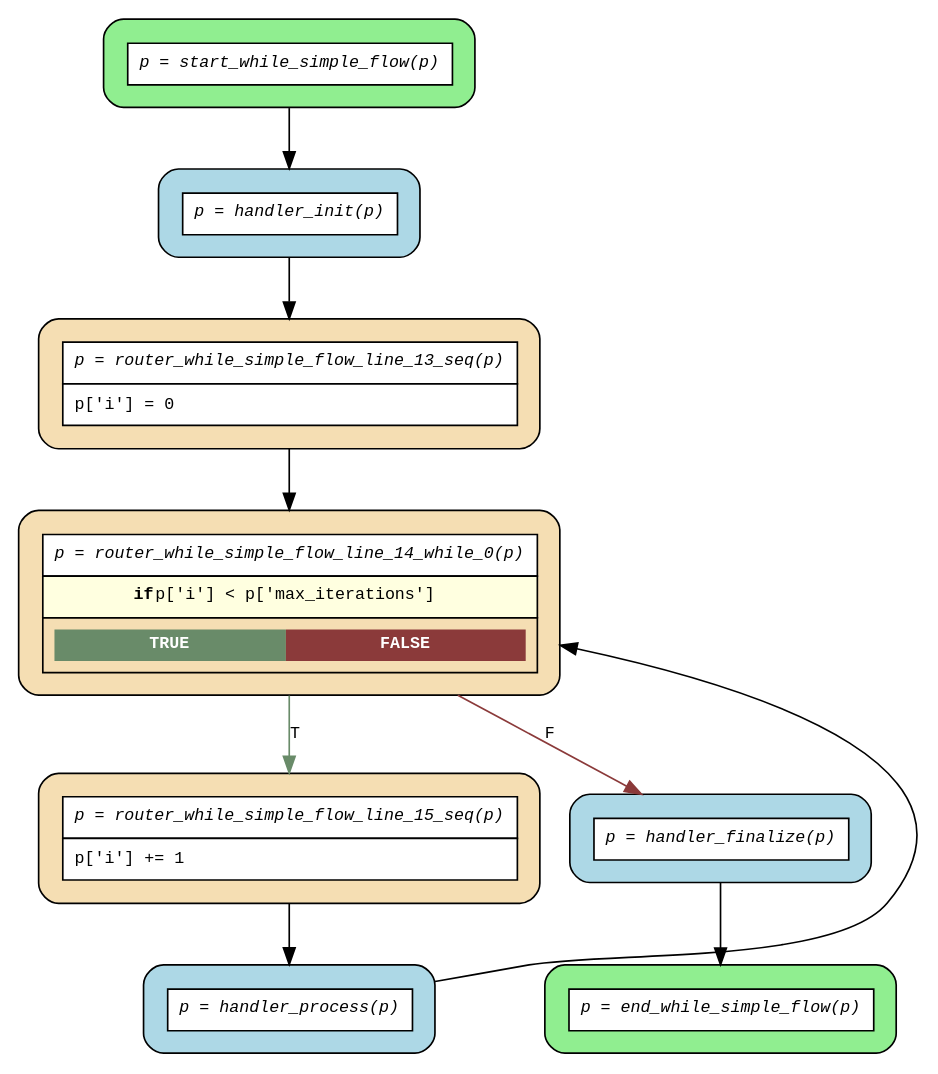
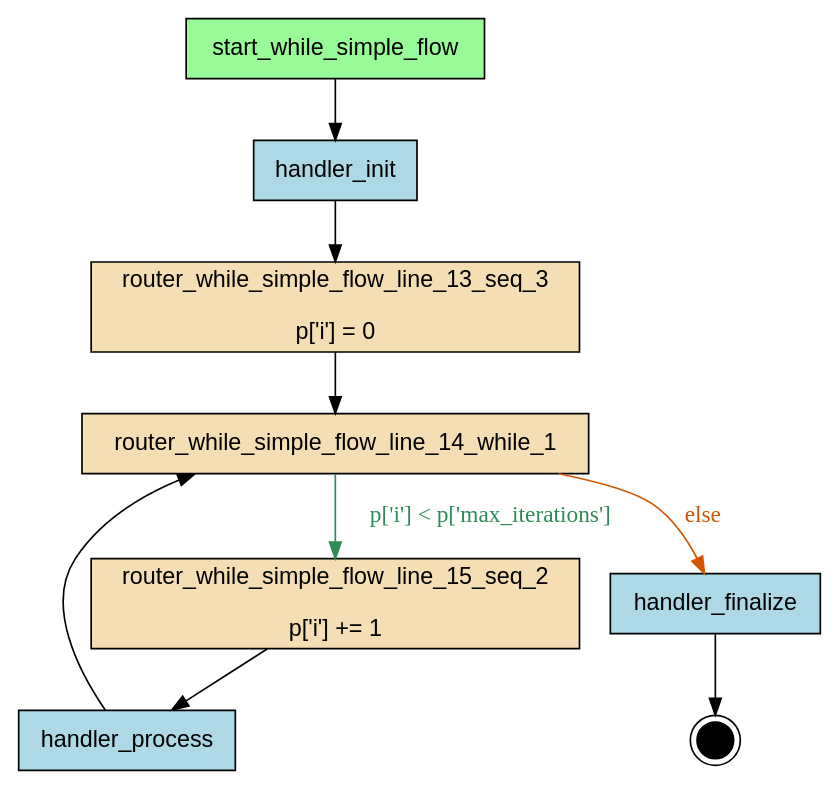
Before and after one commit to deliveryhero/asya: the diagram in examples/flows/compiled/while_simple/flow.dot, drawn with Graphviz. The commit also changed 413 other files, not shown here.

First line of the commit message:
refactor(compiler): Phase 1 — replace ir/grouper/dotgen with analyzer/graphgen (#337)

```diff
--- a/examples/flows/compiled/while_simple/flow.dot
+++ b/examples/flows/compiled/while_simple/flow.dot
@@ -1,24 +1,25 @@
-digraph flow {
-  rankdir=TB;
-  graph [fontname="Courier", fontsize=10];
-  node [fontname="Courier", fontsize=10, shape=box, style="filled,rounded", margin="0.2"];
-  edge [fontname="Courier", fontsize=10];
+digraph "while_simple_flow" {
+    rankdir=TB;
+    node [shape=box, style=filled, fontname="Helvetica"];
 
-  start_while_simple_flow [fillcolor="lightgreen", group="main", label=<<table border="0" cellspacing="0" cellpadding="6" cellborder="1"><tr><td bgcolor="white" align="center"><i>p = start_while_simple_flow(p)</i></td></tr></table>>];
-  router_while_simple_flow_line_15_seq [fillcolor="wheat", group="main", label=<<table border="0" cellspacing="0" cellpadding="6" cellborder="1"><tr><td bgcolor="white" align="center"><i>p = router_while_simple_flow_line_15_seq(p)</i></td></tr><tr><td bgcolor="white" align="left">p['i'] += 1</td></tr></table>>];
-  router_while_simple_flow_line_14_while_0 [fillcolor="wheat", group="main", label=<<table border="0" cellspacing="0" cellpadding="6" cellborder="1"><tr><td bgcolor="white" align="center"><i>p = router_while_simple_flow_line_14_while_0(p)</i></td></tr><tr><td bgcolor="lightyellow"><b>if</b> p['i'] &lt; p['max_iterations']</td></tr><tr><td><table border="0" cellspacing="0" cellpadding="4"><tr><td bgcolor="darkseagreen4"><font color="white"><b>TRUE</b></font></td><td bgcolor="indianred4"><font color="white"><b>FALSE</b></font></td></tr></table></td></tr></table>>];
-  router_while_simple_flow_line_13_seq [fillcolor="wheat", group="main", label=<<table border="0" cellspacing="0" cellpadding="6" cellborder="1"><tr><td bgcolor="white" align="center"><i>p = router_while_simple_flow_line_13_seq(p)</i></td></tr><tr><td bgcolor="white" align="left">p['i'] = 0</td></tr></table>>];
-  end_while_simple_flow [fillcolor="lightgreen", group="main", label=<<table border="0" cellspacing="0" cellpadding="6" cellborder="1"><tr><td bgcolor="white" align="center"><i>p = end_while_simple_flow(p)</i></td></tr></table>>];
-  handler_finalize [fillcolor="lightblue", label=<<table border="0" cellspacing="0" cellpadding="6" cellborder="1"><tr><td bgcolor="white" align="center"><i>p = handler_finalize(p)</i></td></tr></table>>];
-  handler_init [fillcolor="lightblue", label=<<table border="0" cellspacing="0" cellpadding="6" cellborder="1"><tr><td bgcolor="white" align="center"><i>p = handler_init(p)</i></td></tr></table>>];
-  handler_process [fillcolor="lightblue", label=<<table border="0" cellspacing="0" cellpadding="6" cellborder="1"><tr><td bgcolor="white" align="center"><i>p = handler_process(p)</i></td></tr></table>>];
+    { rank=source; start_while_simple_flow; }
 
-  handler_finalize -> end_while_simple_flow;
-  handler_init -> router_while_simple_flow_line_13_seq;
-  handler_process -> router_while_simple_flow_line_14_while_0 [constraint=false];
-  router_while_simple_flow_line_13_seq -> router_while_simple_flow_line_14_while_0;
-  router_while_simple_flow_line_14_while_0 -> handler_finalize [label="F", color=indianred4];
-  router_while_simple_flow_line_14_while_0 -> router_while_simple_flow_line_15_seq [label="T", color=darkseagreen4];
-  router_while_simple_flow_line_15_seq -> handler_process;
-  start_while_simple_flow -> handler_init;
+    handler_finalize [label="handler_finalize", fillcolor=lightblue];
+    handler_init [label="handler_init", fillcolor=lightblue];
+    handler_process [label="handler_process", fillcolor=lightblue];
+    router_while_simple_flow_line_13_seq_3 [label="router_while_simple_flow_line_13_seq_3\n\np['i'] = 0", fillcolor=wheat];
+    router_while_simple_flow_line_14_while_1 [label="router_while_simple_flow_line_14_while_1", fillcolor=wheat];
+    router_while_simple_flow_line_15_seq_2 [label="router_while_simple_flow_line_15_seq_2\n\np['i'] += 1", fillcolor=wheat];
+    start_while_simple_flow [label="start_while_simple_flow", fillcolor=palegreen];
+
+    __end__ [label="", shape=doublecircle, fillcolor=black, width=0.3, fixedsize=true];
+
+    start_while_simple_flow -> handler_init;
+    handler_init -> router_while_simple_flow_line_13_seq_3;
+    router_while_simple_flow_line_15_seq_2 -> handler_process;
+    router_while_simple_flow_line_14_while_1 -> router_while_simple_flow_line_15_seq_2 [label="p['i'] < p['max_iterations']", color="#2E8B57", fontcolor="#2E8B57"];
+    router_while_simple_flow_line_14_while_1 -> handler_finalize [label="else", color="#D35400", fontcolor="#D35400"];
+    router_while_simple_flow_line_13_seq_3 -> router_while_simple_flow_line_14_while_1;
+    handler_process -> router_while_simple_flow_line_14_while_1;
+    handler_finalize -> __end__;
 }
```
